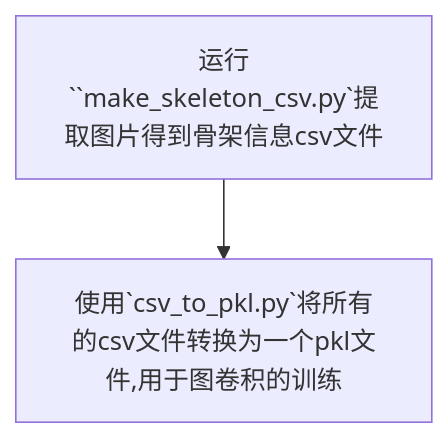
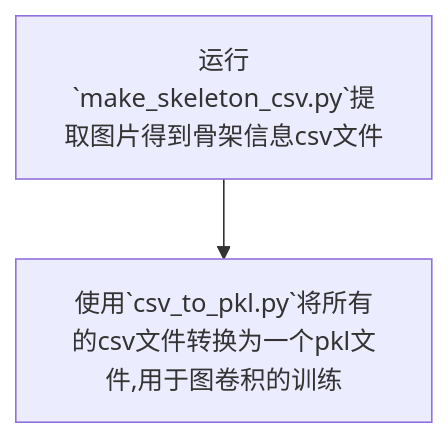
One commit to xn1997/GenerateSkeletonDataset changed the diagram in README.md. Above: the diagram before and after it, drawn with Mermaid. The commit also changed other lines of this file, not shown here.

````diff
--- a/README.md
+++ b/README.md
@@ -76,5 +76,5 @@
 ```mermaid
 graph TD
-运行``make_skeleton_csv.py`提取图片得到骨架信息csv文件-->
+运行`make_skeleton_csv.py`提取图片得到骨架信息csv文件-->
 使用`csv_to_pkl.py`将所有的csv文件转换为一个pkl文件,用于图卷积的训练
 ```
````
